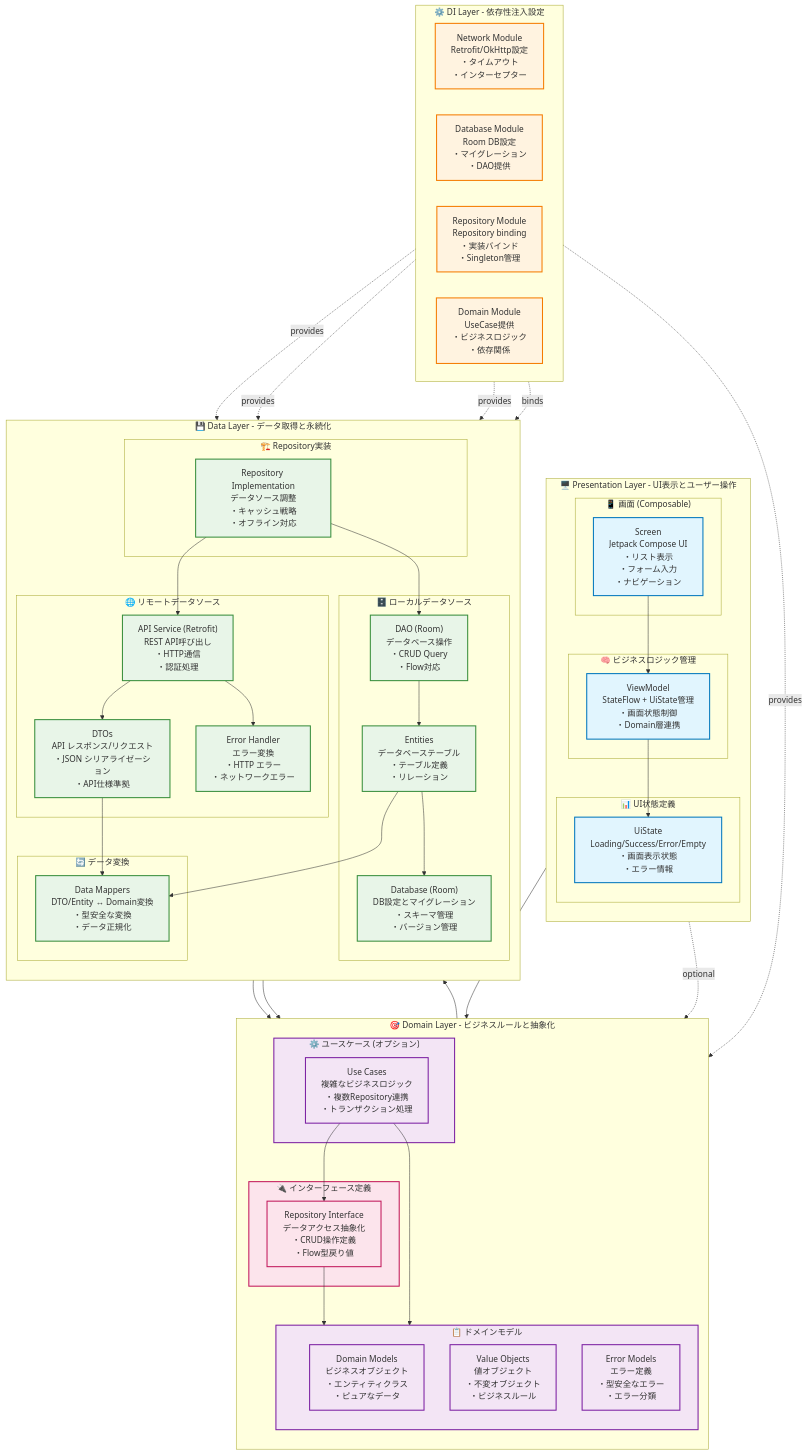
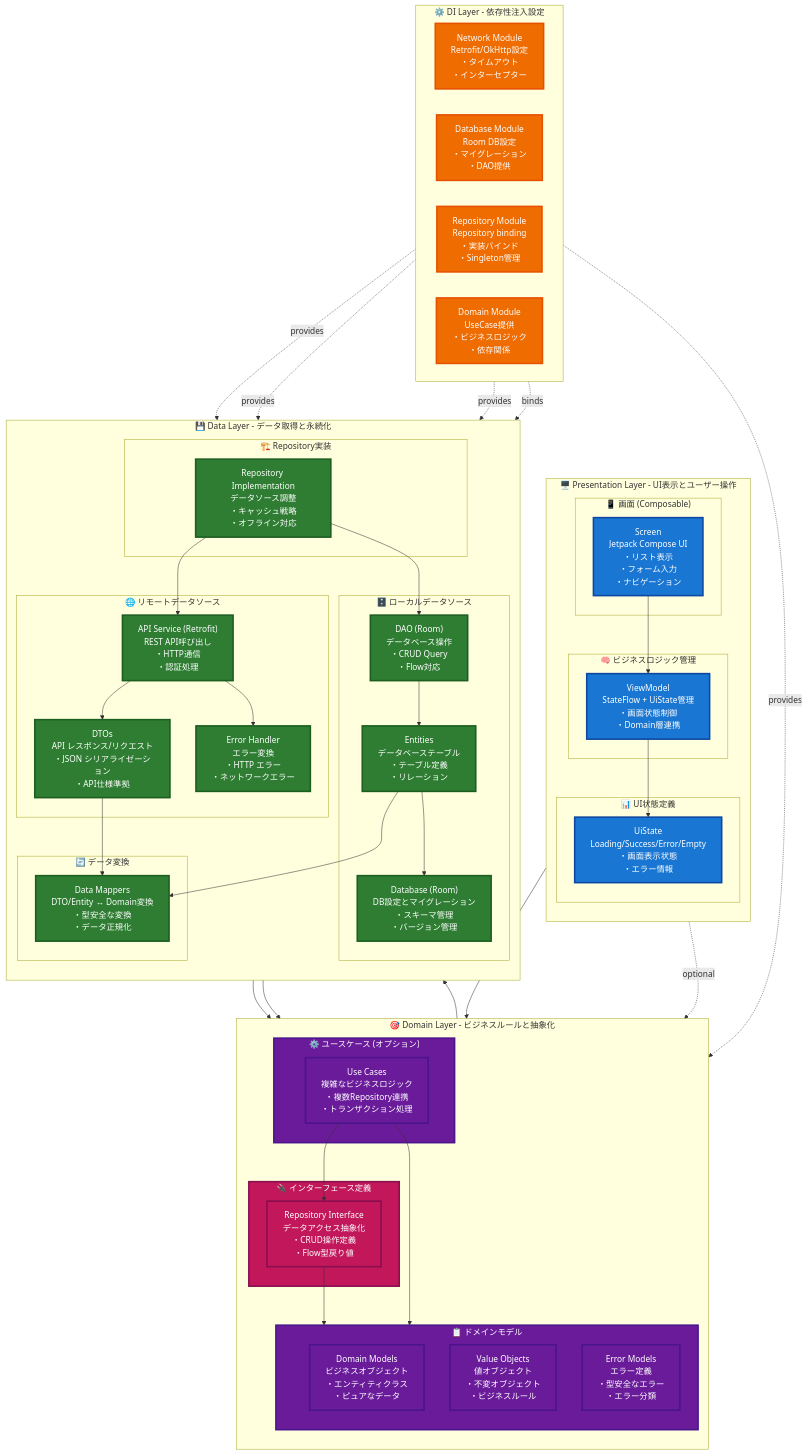
Before and after one commit to shimanukims/android-base: the first of 7 diagrams in ARCHITECTURE_GUIDE.md, drawn with Mermaid. The commit also changed other lines of this file and 10 other files, not shown here.

```diff
--- a/ARCHITECTURE_GUIDE.md
+++ b/ARCHITECTURE_GUIDE.md
@@ -119,13 +119,13 @@
     DomainModule -.provides.-> UseCase
     
     %% =================================================================
-    %% スタイリング定義
+    %% スタイリング定義 - VSCode対応で濃い色に変更
     %% =================================================================
-    classDef presentationStyle fill:#e1f5fe,stroke:#0277bd,stroke-width:2px
-    classDef domainStyle fill:#f3e5f5,stroke:#7b1fa2,stroke-width:2px
-    classDef dataStyle fill:#e8f5e8,stroke:#388e3c,stroke-width:2px
-    classDef diStyle fill:#fff3e0,stroke:#f57c00,stroke-width:2px
-    classDef interfaceStyle fill:#fce4ec,stroke:#c2185b,stroke-width:2px
+    classDef presentationStyle fill:#1976d2,stroke:#0d47a1,stroke-width:3px,color:#ffffff
+    classDef domainStyle fill:#6a1b9a,stroke:#4a148c,stroke-width:3px,color:#ffffff
+    classDef dataStyle fill:#2e7d32,stroke:#1b5e20,stroke-width:3px,color:#ffffff
+    classDef diStyle fill:#ef6c00,stroke:#e65100,stroke-width:3px,color:#ffffff
+    classDef interfaceStyle fill:#c2185b,stroke:#880e4f,stroke-width:3px,color:#ffffff
     
     class Screen,ViewModel,UiStateClasses presentationStyle
     class Models,DomainModel,ValueObject,ErrorModel domainStyle
```
